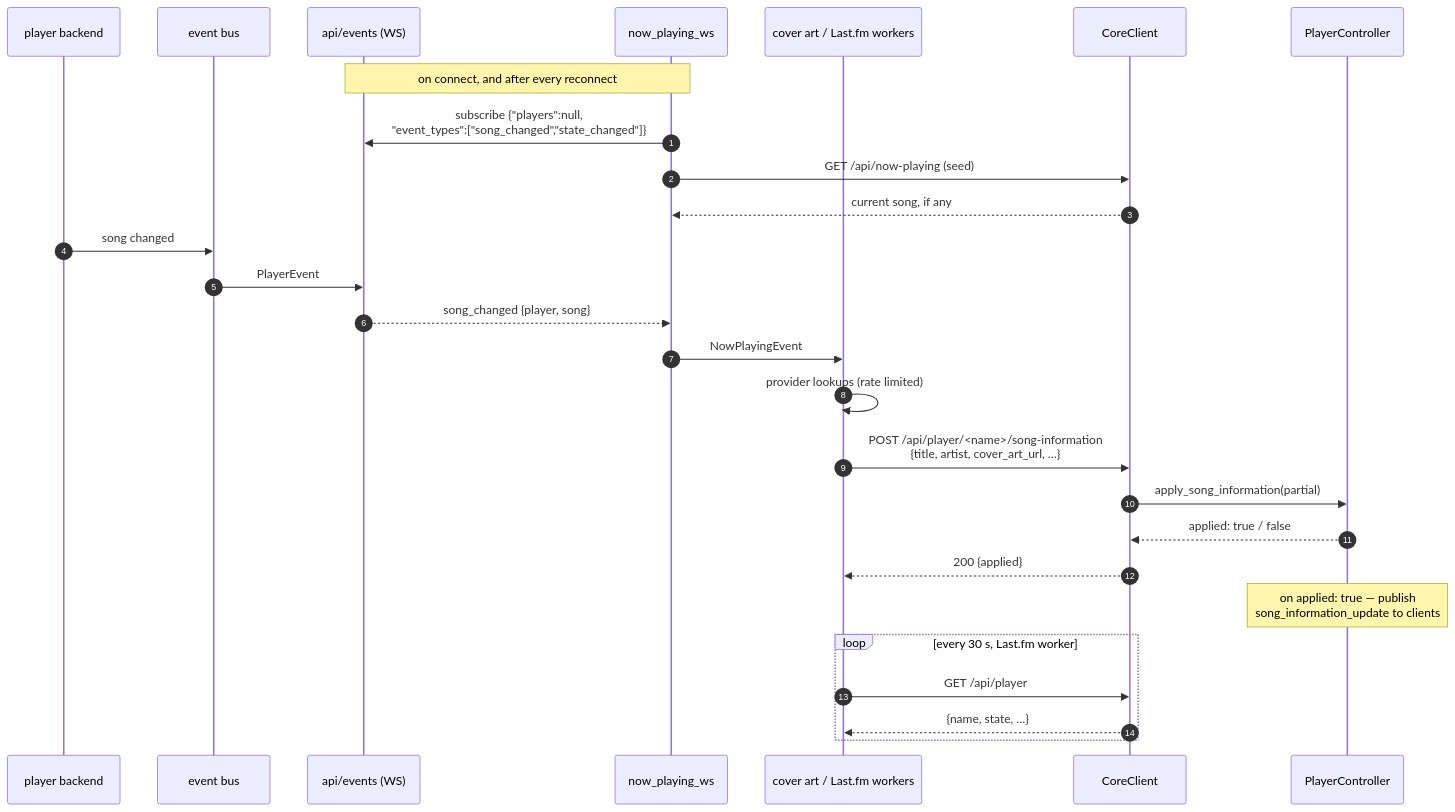
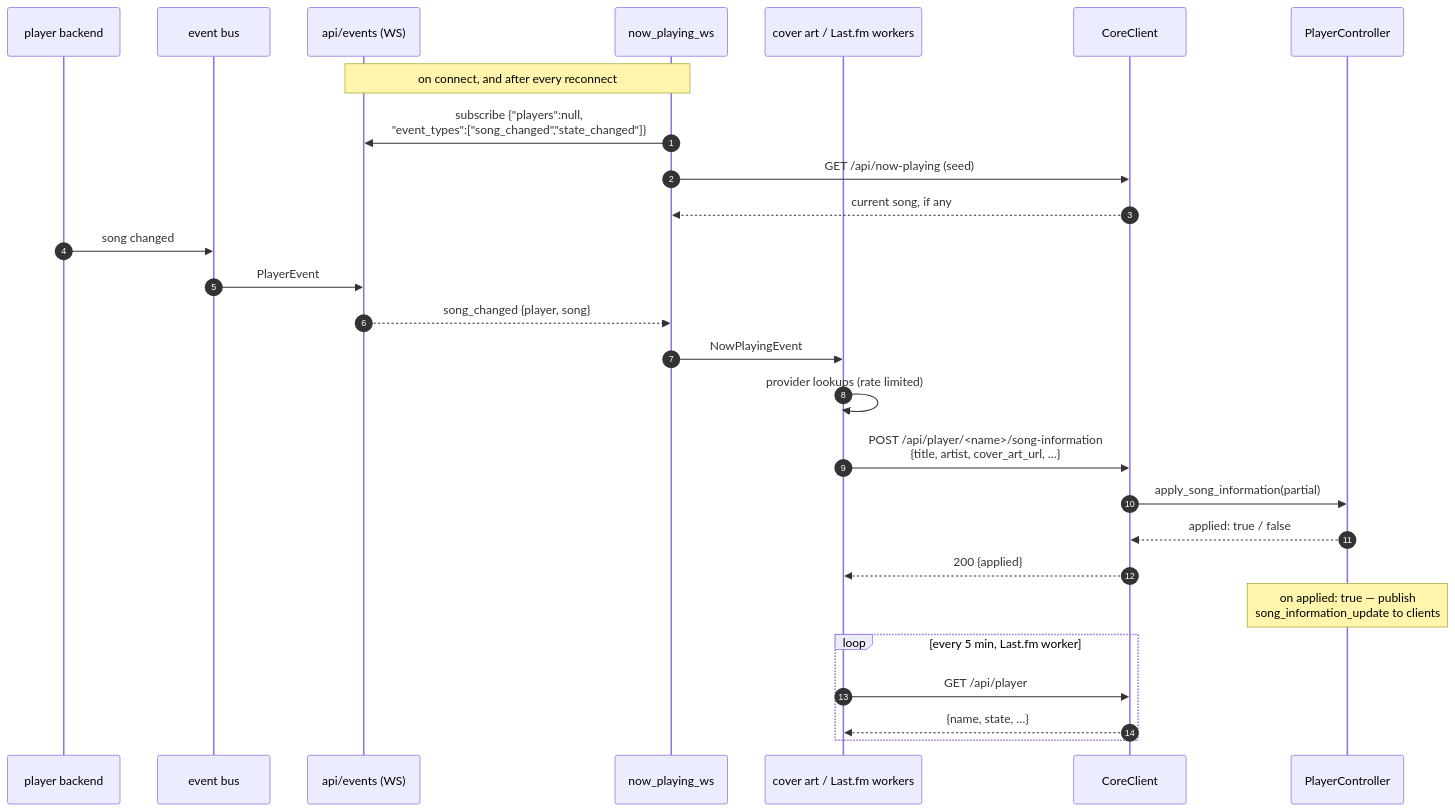
Before and after one commit to hifiberry/acr: the third of 8 diagrams in doc/communications.md, drawn with Mermaid. The commit also changed other lines of this file and 26 other files, not shown here.

````diff
--- a/doc/communications.md
+++ b/doc/communications.md
@@ -238,34 +270,34 @@
 ```mermaid
 sequenceDiagram
     autonumber
     participant PL as player backend
     participant BUS as event bus
     participant API as api/events (WS)
     participant WS as now_playing_ws
     participant W as cover art / Last.fm workers
     participant CC as CoreClient
     participant CTRL as PlayerController
 
     Note over WS,API: on connect, and after every reconnect
     WS->>API: subscribe {"players":null,<br/>"event_types":["song_changed","state_changed"]}
     WS->>CC: GET /api/now-playing  (seed)
     CC-->>WS: current song, if any
 
     PL->>BUS: song changed
     BUS->>API: PlayerEvent
     API-->>WS: song_changed {player, song}
     WS->>W: NowPlayingEvent
 
     W->>W: provider lookups (rate limited)
     W->>CC: POST /api/player/<name>/song-information<br/>{title, artist, cover_art_url, …}
     CC->>CTRL: apply_song_information(partial)
     CTRL-->>CC: applied: true / false
     CC-->>W: 200 {applied}
 
     Note over CTRL: on applied: true — publish<br/>song_information_update to clients
 
-    loop every 30 s, Last.fm worker
+    loop every 5 min, Last.fm worker
         W->>CC: GET /api/player
         CC-->>W: {name, state, …}
     end
 ```
````
